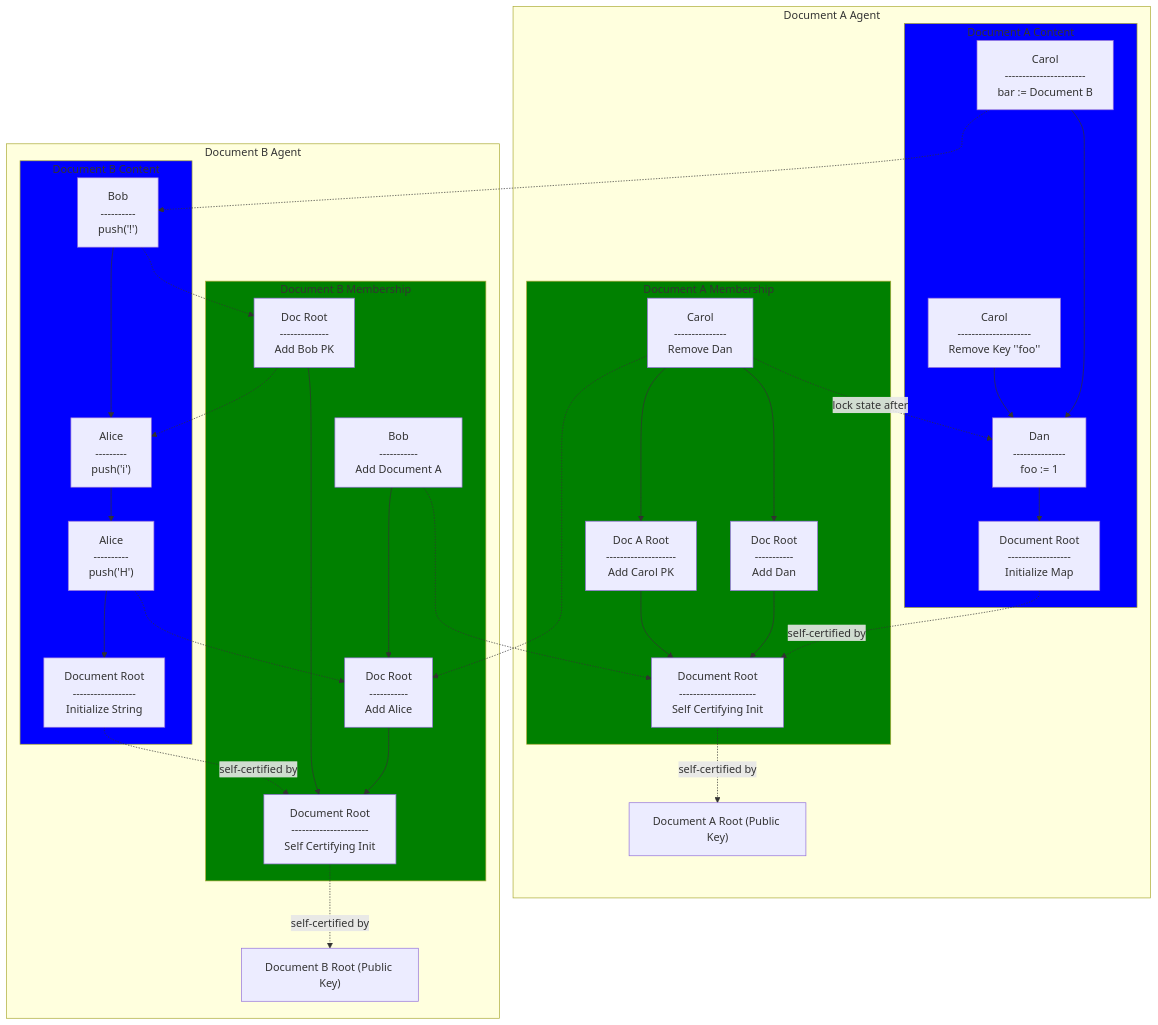
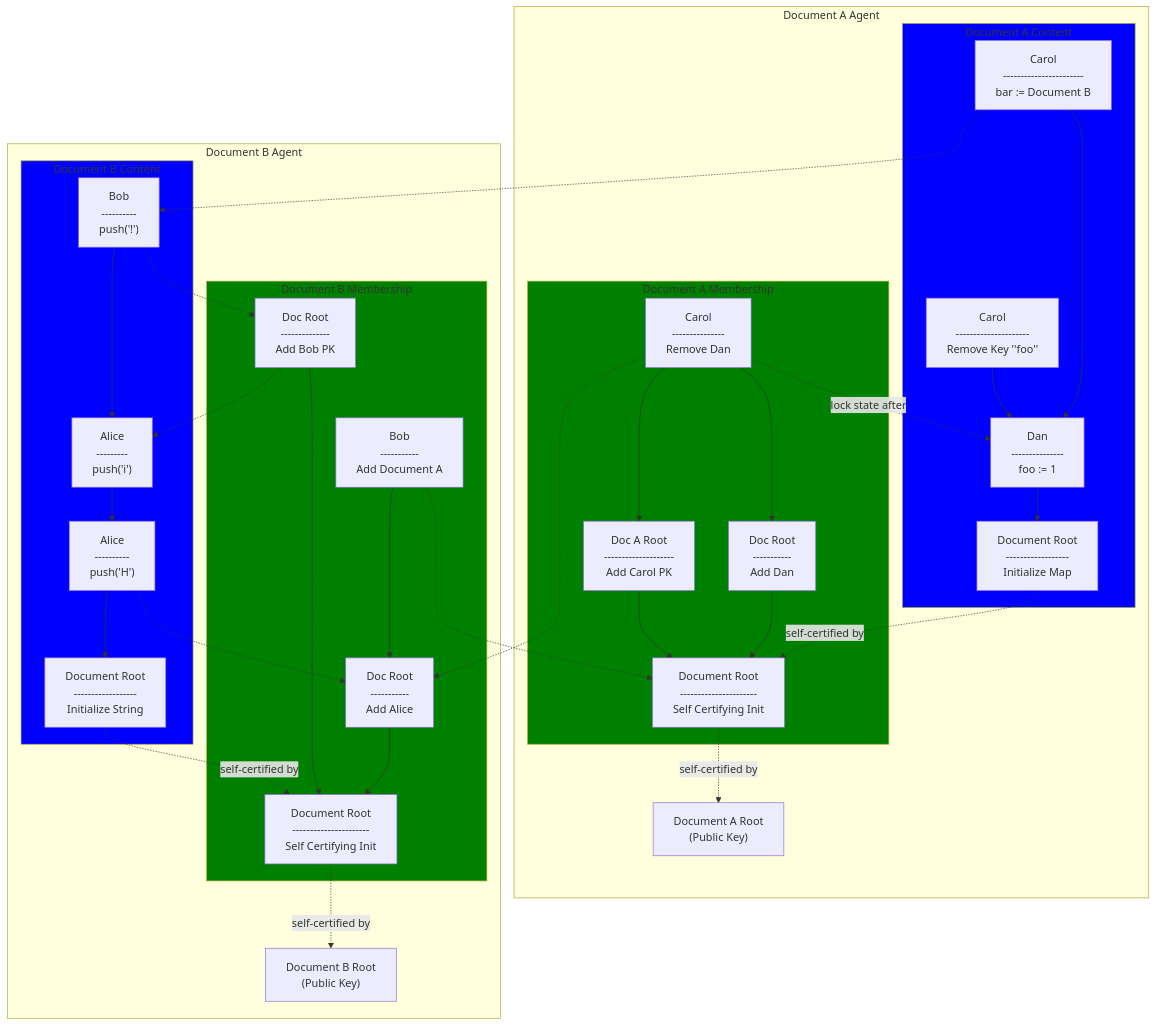
One commit to inkandswitch/keyhive changed the sixth of 11 diagrams in design/group_membership.md. Above: the diagram before and after it, drawn with Mermaid. The commit also changed other lines of this file, not shown here.

Commit message:
add some <br> in mermaid to aid readability

````diff
--- a/design/group_membership.md
+++ b/design/group_membership.md
@@ -155,74 +155,74 @@
 ``` mermaid
 flowchart
     subgraph DocumentAgent[Document A Agent]
-        _docPK["Document A Root (Public Key)"]
+        _docPK["Document A Root<br>(Public Key)"]
 
         subgraph docAGroup[Document A Membership]
             docRoot
             docRootAddsAnotherGroup
             docRootAddsSingleton
             docRootAddsSingleton
             singetonRemovesAnotherGroup
         end
 
         subgraph opsA[Document A Content]
             InitMap
             addKeyFoo
             
             addKeyBar
             removeKeyFoo
         end
     end
 
     removeKeyFoo["Carol<br>---------------------<br>Remove Key ''foo''"] --> addKeyFoo
     addKeyFoo["Dan<br>---------------<br>foo := 1"] --> InitMap[Document Root<br>------------------<br>Initialize Map]
 
     addKeyBar["Carol<br>-----------------------<br>bar := Document B"] ----> addKeyFoo
     
     docRootAddsSingleton["Doc A Root<br>--------------------<br>Add Carol PK"] --> docRoot[Document Root<br>----------------------<br>Self Certifying Init]
     docRootAddsAnotherGroup["Doc Root<br>-----------<br>Add Dan"] --> docRoot
     singetonRemovesAnotherGroup[Carol<br>---------------<br>Remove Dan] --> docRootAddsSingleton
     singetonRemovesAnotherGroup --> docRootAddsAnotherGroup
 
     singetonRemovesAnotherGroup -.->|lock state after| addKeyFoo
     singetonRemovesAnotherGroup -.-> docBRootAddsAnotherGroup
     InitMap -.->|self-certified by| docRoot -.->|self-certified by| _docPK
 
     subgraph DocumentAgent2[Document B Agent]
-        _docBPK["Document B Root (Public Key)"]
+        _docBPK["Document B Root<br>(Public Key)"]
 
         subgraph docBGroup[Document B Membership]
         
             docBRoot
             docBRootAddsSingleton
             docBRootAddsAnotherGroup
             bobAddsDocA
             docBRootAddsAnotherGroup
         end
 
         subgraph opsB[Document B Content]
             addCharH["Alice<br>----------<br>push('H')"] --> InitStringB[Document Root<br>------------------<br>Initialize String]
             addCharI["Alice<br>---------<br>push('i')"] --> addCharH
             addCharExp["Bob<br>----------<br>push('!')"] --> addCharI
         end
     end
 
     InitStringB-.->|self-certified by| docBRoot -.->|self-certified by| _docBPK
     addCharH -.-> docBRootAddsAnotherGroup
     docBRootAddsSingleton -.-> addCharI
     addCharExp -.-> docBRootAddsSingleton
 
     addKeyBar -.-> addCharExp
 
     docBRootAddsSingleton["Doc Root<br>--------------<br>Add Bob PK"] --> docBRoot[Document Root<br>----------------------<br>Self Certifying Init]
     docBRootAddsAnotherGroup["Doc Root<br>-----------<br>Add Alice"] --> docBRoot
 
     bobAddsDocA["Bob<br>-----------<br>Add Document A"] -..-> docRoot
     bobAddsDocA --> docBRootAddsAnotherGroup
 
     style docBGroup fill:green;
     style docAGroup fill:green;
 
     style opsA fill:blue;
     style opsB fill:blue;
 ```
````
